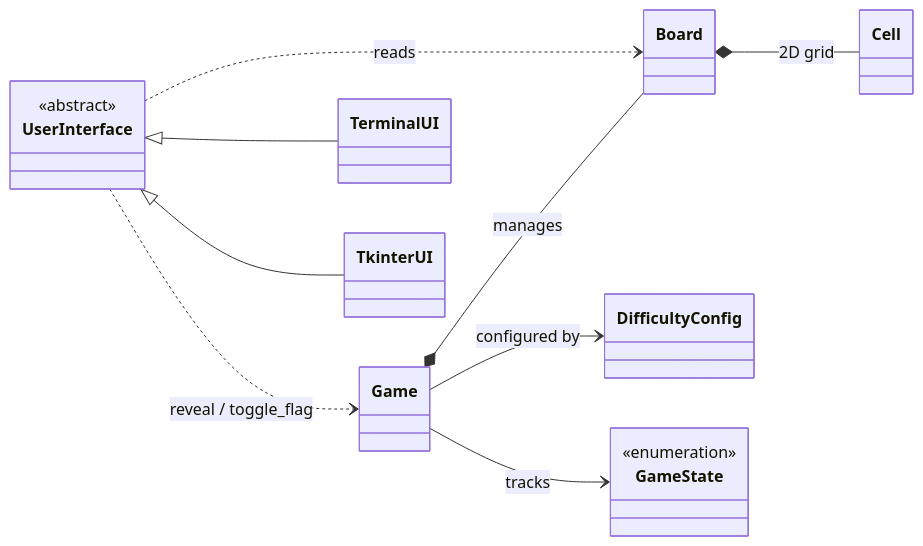
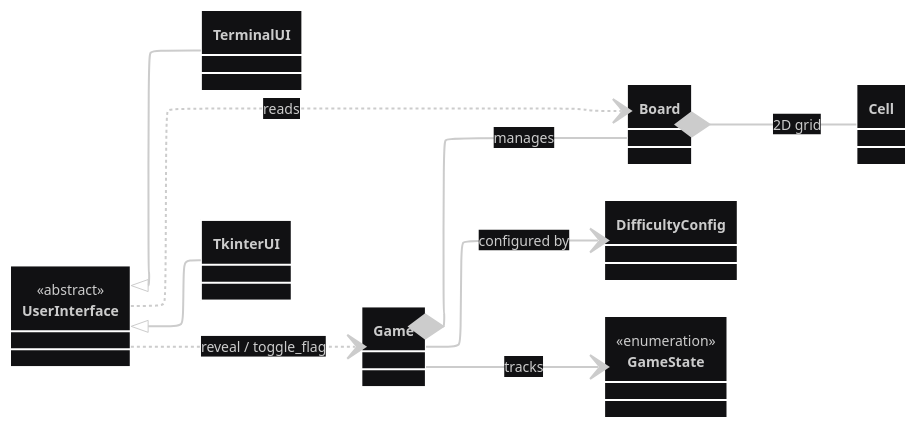
One commit to hydrUsD/pysweeper changed the diagram in README.md. Above: the diagram before and after it, drawn with Mermaid.

Commit message:
Update README with mermaid diagram configuration
Add mermaid configuration for class diagram in README

````diff
--- a/README.md
+++ b/README.md
@@ -128,18 +128,23 @@
 ```mermaid
+---
+config:
+  layout: elk
+  theme: redux-dark-color
+---
 classDiagram
     direction LR
     Game *-- Board : manages
     Game --> DifficultyConfig : configured by
     Game --> GameState : tracks
     Board *-- Cell : 2D grid
     UserInterface <|-- TerminalUI
     UserInterface <|-- TkinterUI
     UserInterface ..> Game : reveal / toggle_flag
     UserInterface ..> Board : reads
     class UserInterface {
         <<abstract>>
     }
     class GameState {
         <<enumeration>>
     }
 ```
````
